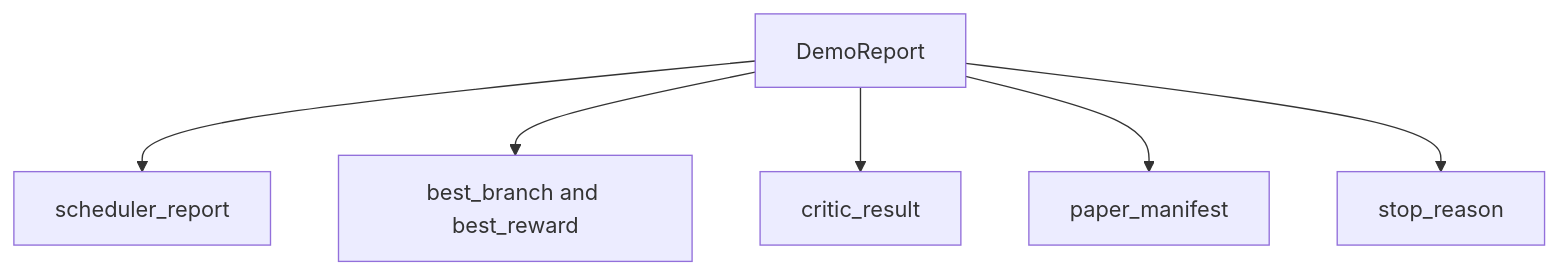
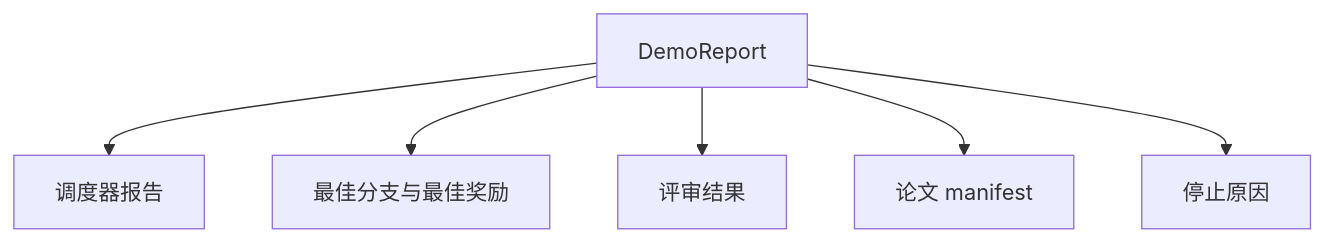
Before and after one commit to alessandrodinisio-ai/ai-engineering-learning-framework: the third of 3 diagrams in phases/19-capstone-projects/57-end-to-end-research-demo/docs/zh.md, drawn with Mermaid. The commit also changed other lines of this file and 120 other files, not shown here.

First line of the commit message:
i18n(mermaid): 337 个 mermaid 图表标签中文化

````diff
--- a/phases/19-capstone-projects/57-end-to-end-research-demo/docs/zh.md
+++ b/phases/19-capstone-projects/57-end-to-end-research-demo/docs/zh.md
@@ -57,8 +57,8 @@
 ```mermaid
 flowchart TB
-    Rep[DemoReport] --> Sch[scheduler_report]
-    Rep --> Pick[best_branch and best_reward]
-    Rep --> Cri[critic_result]
-    Rep --> Pap[paper_manifest]
-    Rep --> Term[stop_reason]
+    Rep[DemoReport] --> Sch[调度器报告]
+    Rep --> Pick[最佳分支与最佳奖励]
+    Rep --> Cri[评审结果]
+    Rep --> Pap[论文 manifest]
+    Rep --> Term[停止原因]
 ```
````
